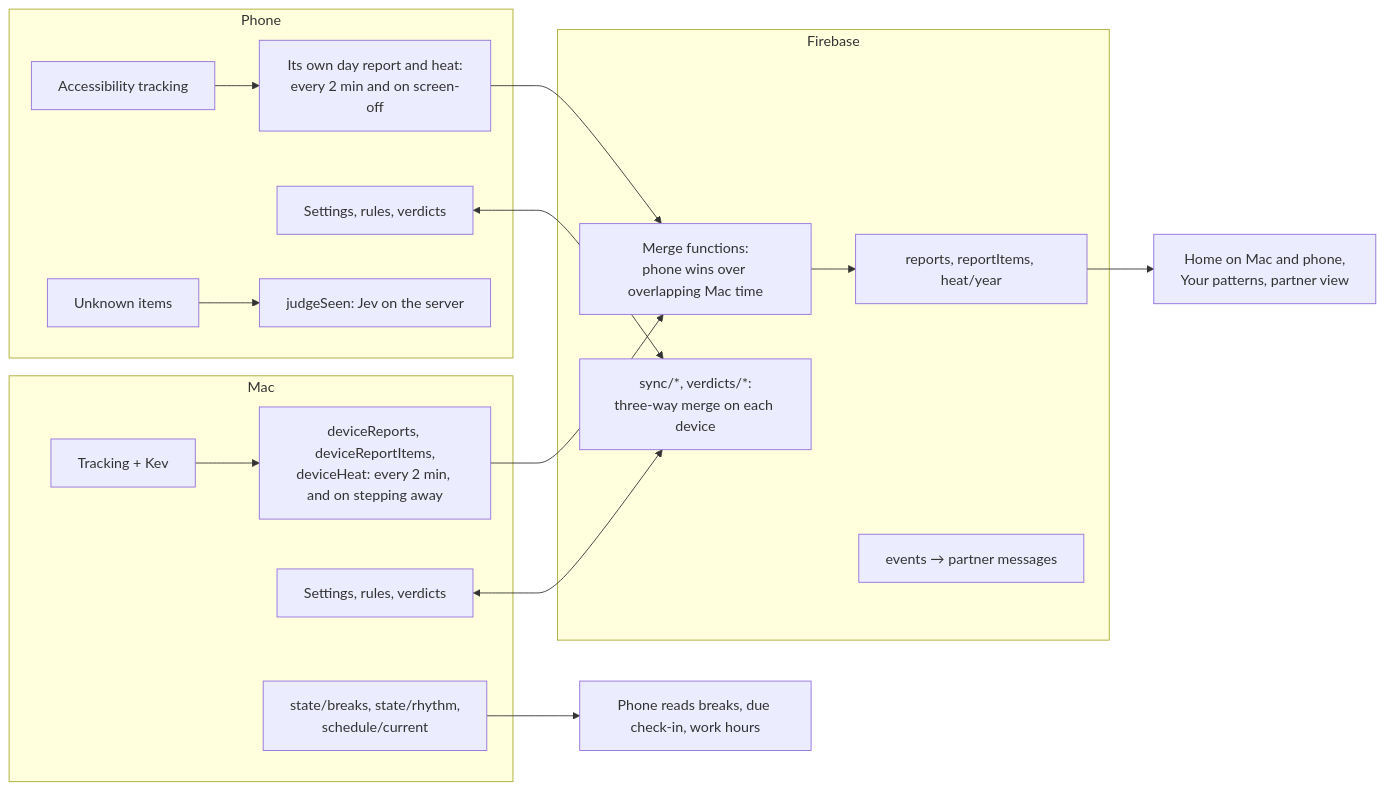
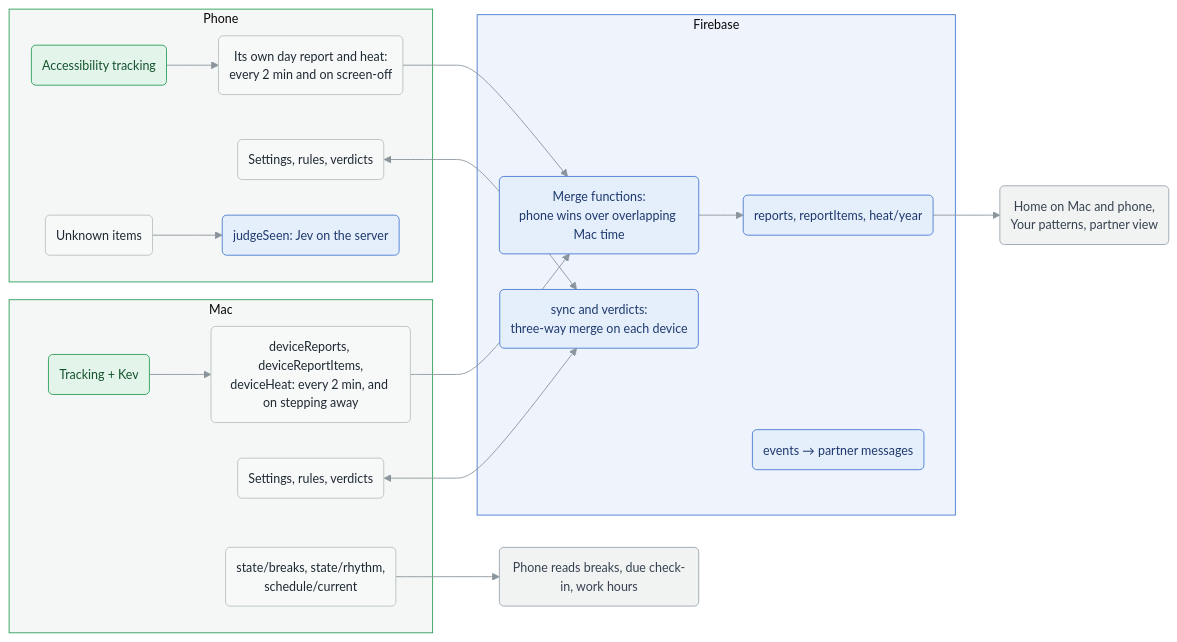
Before and after one commit to hodapp512/ontask: the seventh of 7 diagrams in docs/FLOWS.md, drawn with Mermaid. The commit also changed other lines of this file and 1 other file, not shown here.

Commit message:
FLOWS.md: styled diagrams (theme, rounded boxes, pill questions, colors by meaning, legend)

````diff
--- a/docs/FLOWS.md
+++ b/docs/FLOWS.md
@@ -222,24 +324,38 @@
 ```mermaid
+%%{init: {"theme": "base", "themeVariables": {"fontFamily": "-apple-system, BlinkMacSystemFont, Segoe UI, Helvetica, Arial, sans-serif", "fontSize": "14px", "primaryColor": "#F7F9F8", "primaryBorderColor": "#B8C2BC", "primaryTextColor": "#1F2933", "lineColor": "#8A949C", "edgeLabelBackground": "#FFFFFF", "tertiaryColor": "#F7F9F8", "clusterBkg": "#F4F7F5", "clusterBorder": "#C8D0CB"}, "flowchart": {"curve": "basis", "nodeSpacing": 40, "rankSpacing": 50, "padding": 12}}}%%
 flowchart LR
     subgraph Mac
-        MT[Tracking + Kev] --> MR[deviceReports, deviceReportItems,<br/>deviceHeat: every 2 min, and on stepping away]
-        MS[Settings, rules, verdicts]
-        MST[state/breaks, state/rhythm,<br/>schedule/current]
+        MT("Tracking + Kev") --> MR("deviceReports, deviceReportItems,<br/>deviceHeat: every 2 min, and on stepping away")
+        MS("Settings, rules, verdicts")
+        MST("state/breaks, state/rhythm,<br/>schedule/current")
     end
     subgraph Phone
-        PT[Accessibility tracking] --> PR[Its own day report and heat:<br/>every 2 min and on screen-off]
-        PS[Settings, rules, verdicts]
-        PJ[Unknown items] --> JS[judgeSeen: Jev on the server]
+        PT("Accessibility tracking") --> PR("Its own day report and heat:<br/>every 2 min and on screen-off")
+        PS("Settings, rules, verdicts")
+        PJ("Unknown items") --> JS("judgeSeen: Jev on the server")
     end
     subgraph Firebase
-        MERGE[Merge functions:<br/>phone wins over overlapping Mac time] --> RD[reports, reportItems, heat/year]
-        SYNC[sync/*, verdicts/*:<br/>three-way merge on each device]
-        EVT[events → partner messages]
+        MERGE("Merge functions:<br/>phone wins over overlapping Mac time") --> RD("reports, reportItems, heat/year")
+        SYNC("sync and verdicts:<br/>three-way merge on each device")
+        EVT("events → partner messages")
     end
     MR --> MERGE
     PR --> MERGE
     MS <--> SYNC
     PS <--> SYNC
-    MST --> PH[Phone reads breaks, due check-in, work hours]
-    RD --> VIEW[Home on Mac and phone,<br/>Your patterns, partner view]
+    MST --> PH("Phone reads breaks, due check-in, work hours")
+    RD --> VIEW("Home on Mac and phone,<br/>Your patterns, partner view")
+
+    classDef start fill:#1F7A44,stroke:#1F7A44,color:#FFFFFF,font-weight:bold
+    classDef good fill:#E3F4EA,stroke:#2E9E5B,color:#14532D
+    classDef bad fill:#FBE7E7,stroke:#D64545,color:#7F1D1D
+    classDef warn fill:#FFF4DA,stroke:#E0A526,color:#6B4E00
+    classDef partner fill:#E5EEFB,stroke:#4A7BD0,color:#1E3A6E
+    classDef quiet fill:#F1F3F2,stroke:#9AA5B1,color:#374151
+    class MT,PT good
+    class MERGE,RD,SYNC,EVT,JS partner
+    class VIEW,PH quiet
+    style Mac fill:#F4F7F5,stroke:#2E9E5B
+    style Phone fill:#F4F7F5,stroke:#2E9E5B
+    style Firebase fill:#EEF3FC,stroke:#4A7BD0
 ```
````
